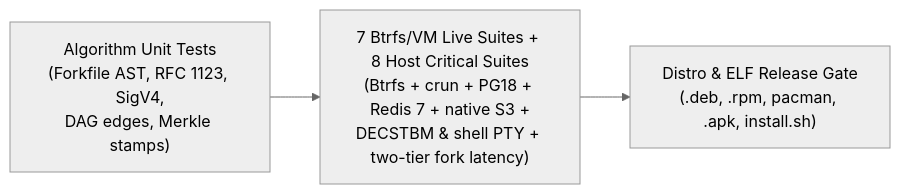
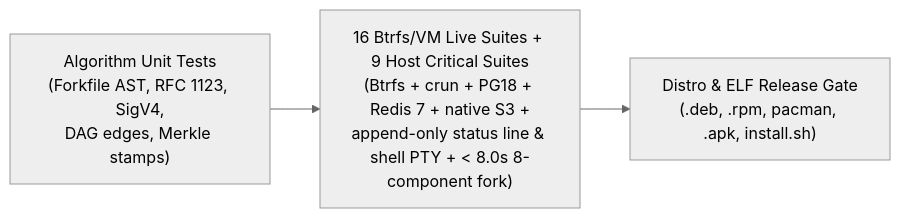
Before and after one commit to OffworldNexus/slipfork: the diagram in specs/04-testing-plan.md, drawn with Mermaid (neutral theme). The commit also changed other lines of this file and 6 other files, not shown here.

````diff
--- a/specs/04-testing-plan.md
+++ b/specs/04-testing-plan.md
@@ -10,5 +10,5 @@
 ```mermaid
 flowchart LR
-  Unit["Algorithm Unit Tests\n(Forkfile AST, RFC 1123, SigV4,\nDAG edges, Merkle stamps)"] --> Lab["7 Btrfs/VM Live Suites + 8 Host Critical Suites\n(Btrfs + crun + PG18 + Redis 7 + native S3 +\nDECSTBM & shell PTY + two-tier fork latency)"]
+  Unit["Algorithm Unit Tests\n(Forkfile AST, RFC 1123, SigV4,\nDAG edges, Merkle stamps)"] --> Lab["16 Btrfs/VM Live Suites + 9 Host Critical Suites\n(Btrfs + crun + PG18 + Redis 7 + native S3 +\nappend-only status line & shell PTY + < 8.0s 8-component fork)"]
   Lab --> Pkg["Distro & ELF Release Gate\n(.deb, .rpm, pacman, .apk, install.sh)"]
 ```
````
